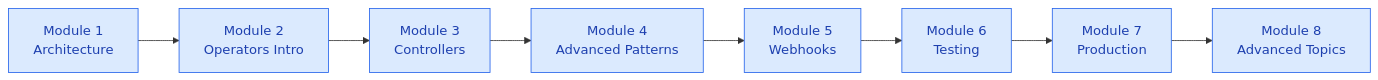
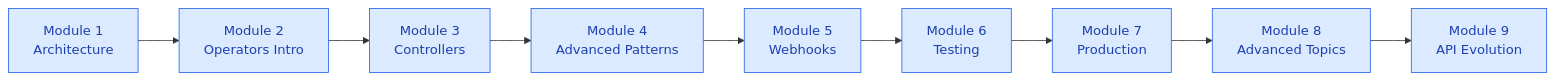
One commit to piyushjajoo/k8s-operators-course changed the diagram in modules.md. Above: the diagram before and after it, drawn with Mermaid. The commit also changed other lines of this file and 15 other files, not shown here.

````diff
--- a/modules.md
+++ b/modules.md
@@ -35,19 +36,21 @@
 ```mermaid
 graph LR
     M1[Module 1<br/>Architecture] --> M2[Module 2<br/>Operators Intro]
     M2 --> M3[Module 3<br/>Controllers]
     M3 --> M4[Module 4<br/>Advanced Patterns]
     M4 --> M5[Module 5<br/>Webhooks]
     M5 --> M6[Module 6<br/>Testing]
     M6 --> M7[Module 7<br/>Production]
     M7 --> M8[Module 8<br/>Advanced Topics]
+    M8 --> M9[Module 9<br/>API Evolution]
     
     style M1 fill:#dbeafe,stroke:#2563eb,color:#1e40af
     style M2 fill:#dbeafe,stroke:#2563eb,color:#1e40af
     style M3 fill:#dbeafe,stroke:#2563eb,color:#1e40af
     style M4 fill:#dbeafe,stroke:#2563eb,color:#1e40af
     style M5 fill:#dbeafe,stroke:#2563eb,color:#1e40af
     style M6 fill:#dbeafe,stroke:#2563eb,color:#1e40af
     style M7 fill:#dbeafe,stroke:#2563eb,color:#1e40af
     style M8 fill:#dbeafe,stroke:#2563eb,color:#1e40af
+    style M9 fill:#dbeafe,stroke:#2563eb,color:#1e40af
 ```
````
